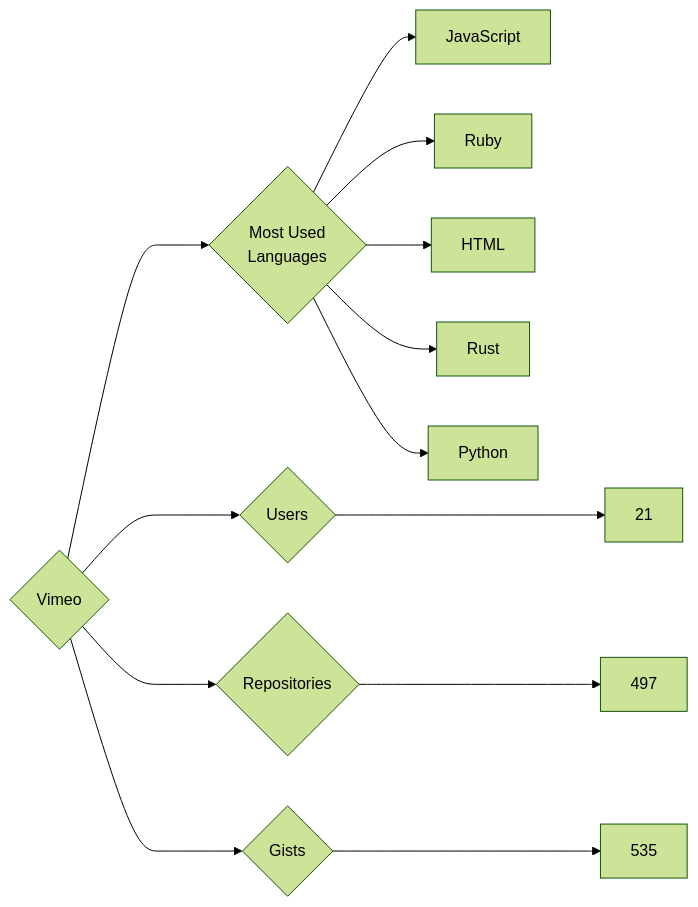
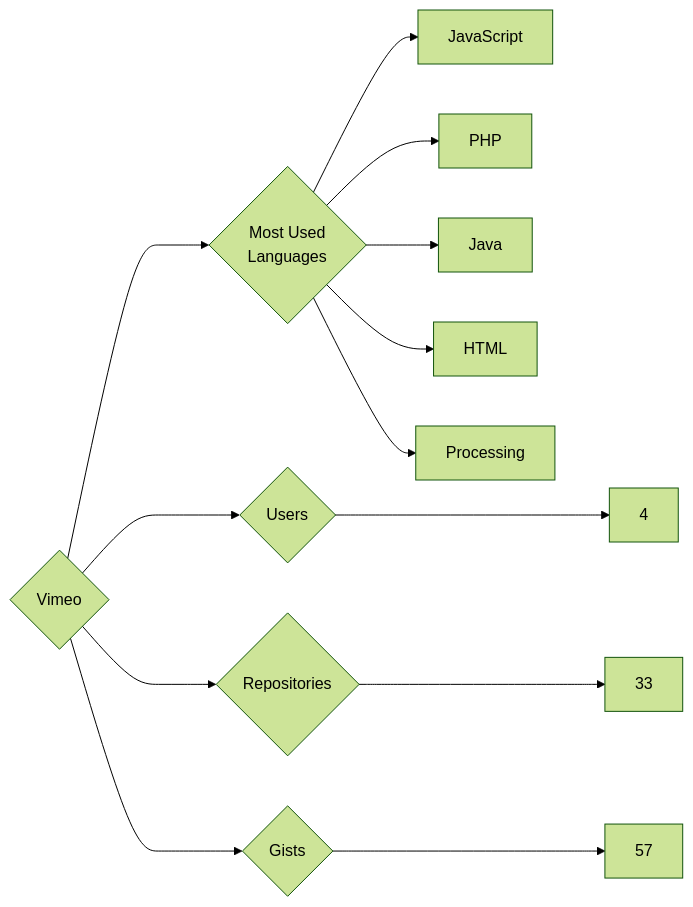
Before and after one commit to trickest/insiders: the diagram in targets/Vimeo/README.md, drawn with Mermaid (forest theme). The commit also changed 1496 other files, not shown here.

````diff
--- a/targets/Vimeo/README.md
+++ b/targets/Vimeo/README.md
@@ -3,13 +3,13 @@
 ```mermaid
 graph LR
 COMPANY_NAME{Vimeo}
-COMPANY_NAME ---> U{Users} ---> UN[21]
-COMPANY_NAME ---> R{Repositories} ---> RN[497]
-COMPANY_NAME ---> G{Gists} ---> GN[535]
+COMPANY_NAME ---> U{Users} ---> UN[4]
+COMPANY_NAME ---> R{Repositories} ---> RN[33]
+COMPANY_NAME ---> G{Gists} ---> GN[57]
 COMPANY_NAME ---> ML{Most Used<br>Languages}
 ML --> JavaScript[JavaScript]
-ML --> Ruby[Ruby]
+ML --> PHP[PHP]
+ML --> Java[Java]
 ML --> HTML[HTML]
-ML --> Rust[Rust]
-ML --> Python[Python]
+ML --> Processing[Processing]
 ```
````
